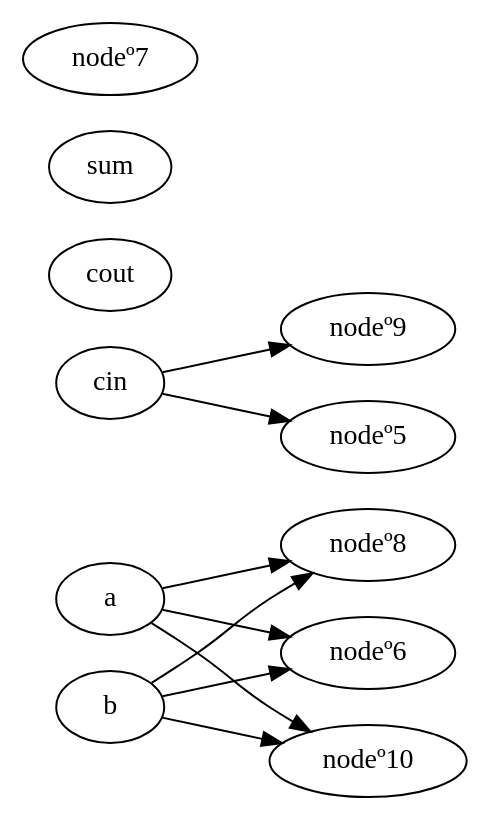
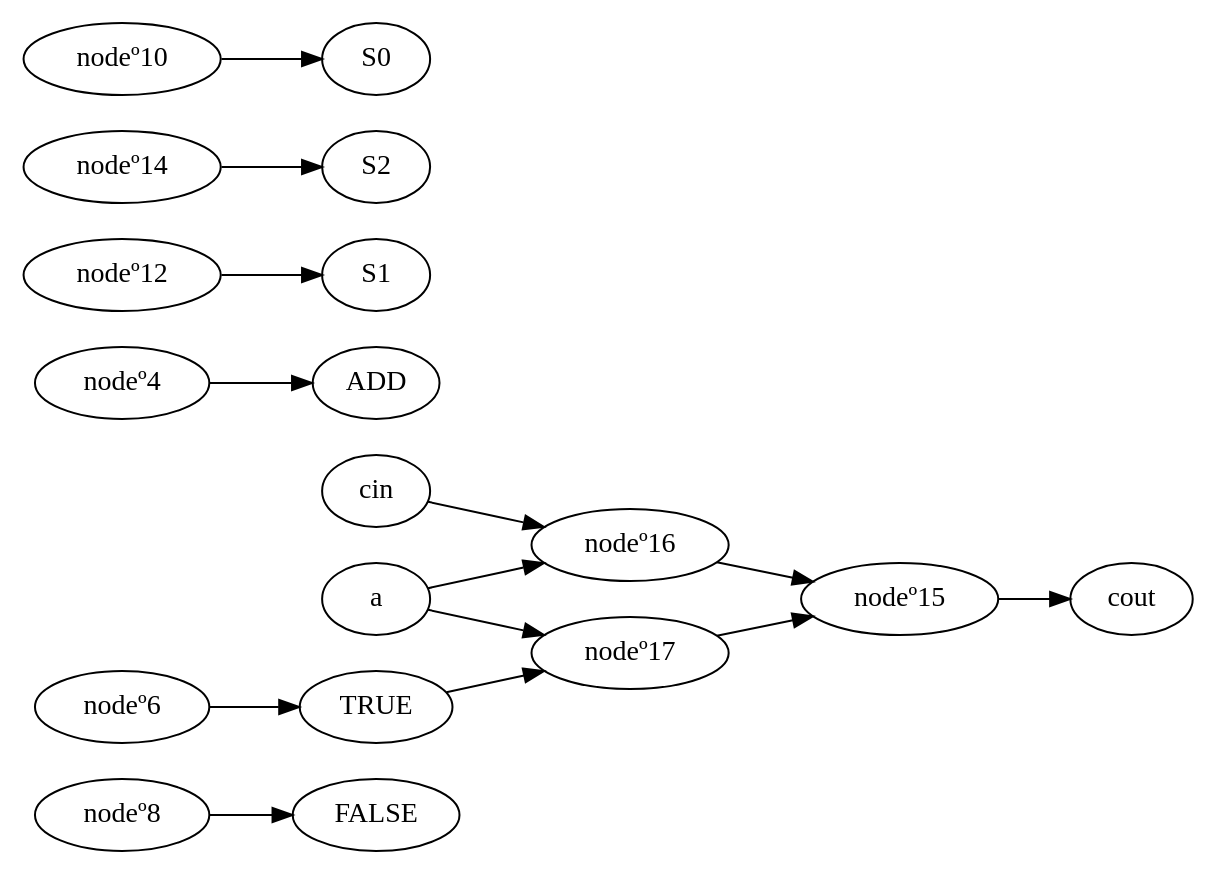
One commit to adrian729/Practica_CL changed the diagram in interp_proves/graph.dot. Above: the diagram before and after it, drawn with Graphviz. The commit also changed 44 other files, not shown here.

```diff
--- a/interp_proves/graph.dot
+++ b/interp_proves/graph.dot
@@ -1,14 +1,21 @@
 digraph  {
  rankdir=LR;
-nodeº8 -> {}
-a -> {nodeº6 nodeº8 nodeº10 }
-nodeº9 -> {}
-b -> {nodeº6 nodeº8 nodeº10 }
+nodeº8 -> {FALSE }
+a -> {nodeº16 nodeº17 }
+ADD -> {}
 cout -> {}
-cin -> {nodeº5 nodeº9 }
-sum -> {}
-nodeº5 -> {}
-nodeº6 -> {}
-nodeº10 -> {}
-nodeº7 -> {}
+cin -> {nodeº16 }
+TRUE -> {nodeº17 }
+nodeº12 -> {S1 }
+nodeº14 -> {S2 }
+nodeº16 -> {nodeº15 }
+nodeº15 -> {cout }
+nodeº17 -> {nodeº15 }
+FALSE -> {}
+nodeº4 -> {ADD }
+S0 -> {}
+nodeº6 -> {TRUE }
+nodeº10 -> {S0 }
+S1 -> {}
+S2 -> {}
 }
```
